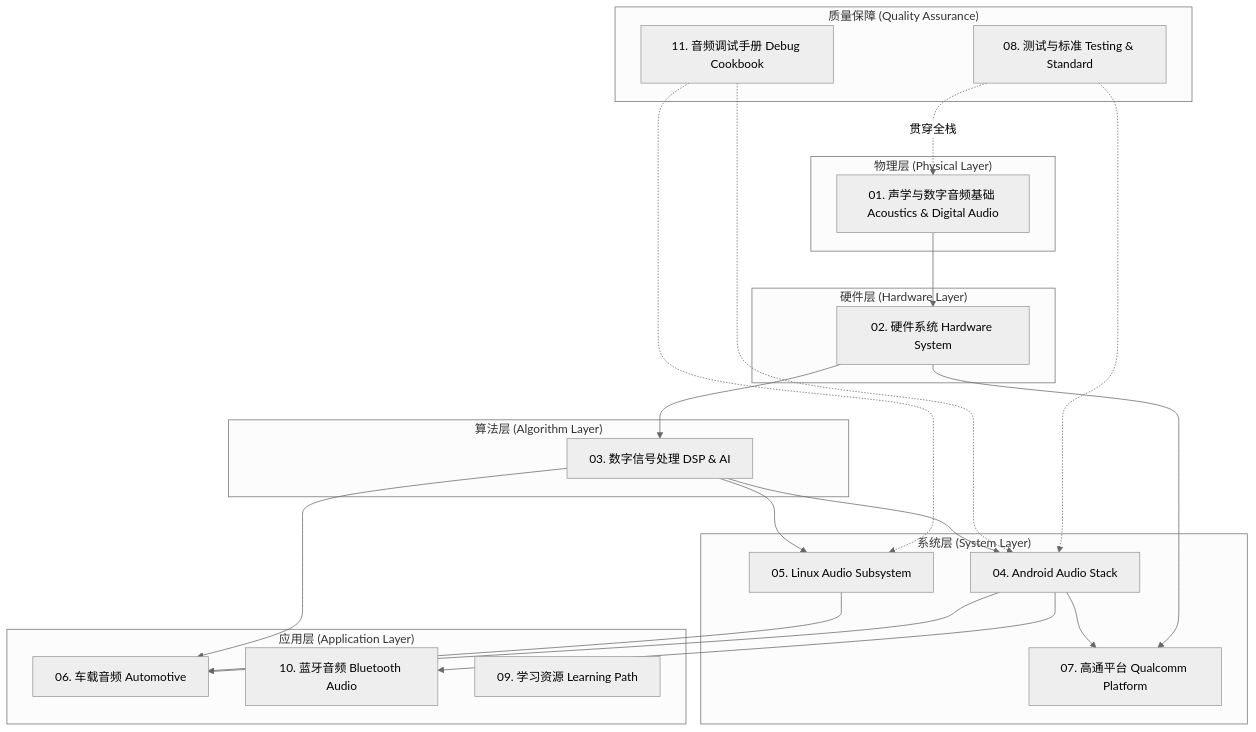
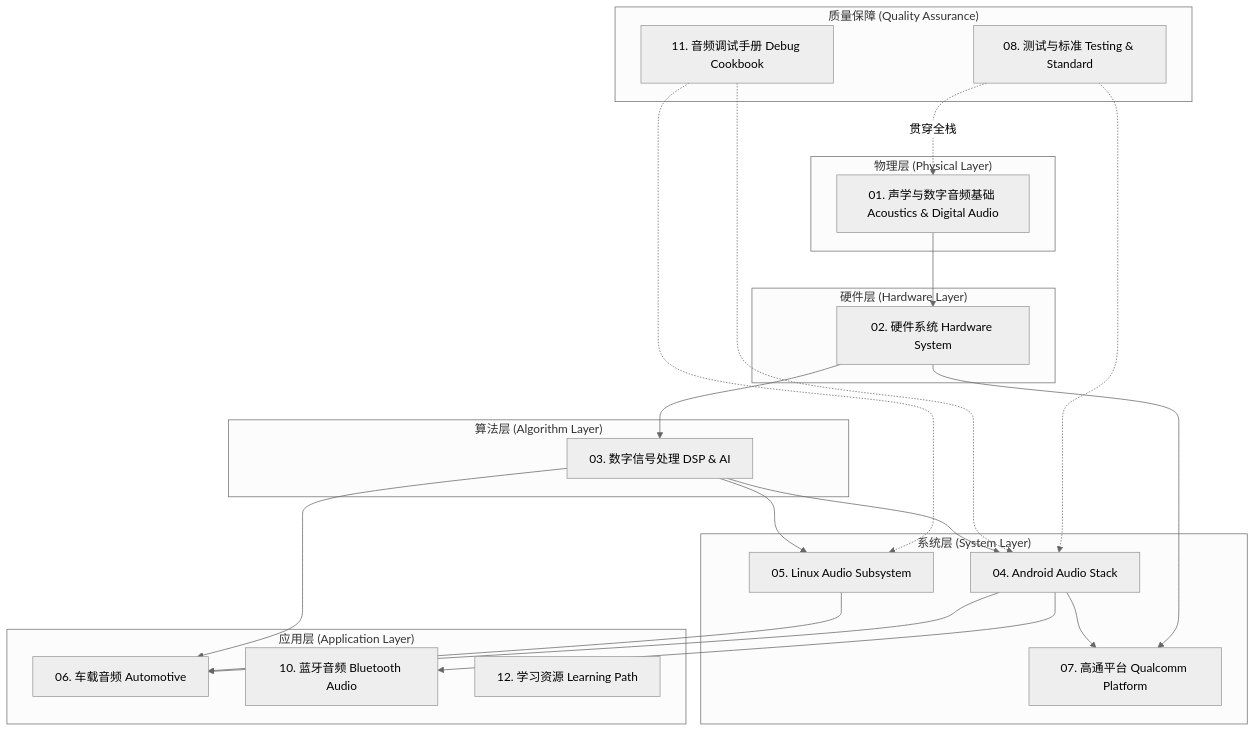
Before and after one commit to Sunliming001/awesome-audio-knowledge: the diagram in README.md, drawn with Mermaid (neutral theme). The commit also changed other lines of this file and 5 other files, not shown here.

````diff
--- a/README.md
+++ b/README.md
@@ -21,44 +21,44 @@
 ```mermaid
 graph TD
     subgraph App_Layer ["应用层 (Application Layer)"]
         A06[06. 车载音频 Automotive]
         A10[10. 蓝牙音频 Bluetooth Audio]
-        A09[09. 学习资源 Learning Path]
+        A12[12. 学习资源 Learning Path]
     end
 
     subgraph System_Layer ["系统层 (System Layer)"]
         A04[04. Android Audio Stack]
         A05[05. Linux Audio Subsystem]
         A07[07. 高通平台 Qualcomm Platform]
     end
 
     subgraph Algorithm_Layer ["算法层 (Algorithm Layer)"]
         A03[03. 数字信号处理 DSP & AI]
     end
 
     subgraph Hardware_Layer ["硬件层 (Hardware Layer)"]
         A02[02. 硬件系统 Hardware System]
     end
 
     subgraph Physical_Layer ["物理层 (Physical Layer)"]
         A01[01. 声学与数字音频基础 Acoustics & Digital Audio]
     end
     
     subgraph Quality_Layer ["质量保障 (Quality Assurance)"]
         A08[08. 测试与标准 Testing & Standard] -.贯穿全栈.-> A01
         A08 -.-> A04
         A11[11. 音频调试手册 Debug Cookbook] -.-> A04
         A11 -.-> A05
     end
 
     A01 --> A02
     A02 --> A03
     A03 --> A04
     A03 --> A05
     A03 --> A06
     A04 --> A06
     A04 --> A10
     A05 --> A06
     A02 --> A07
     A04 --> A07
 ```
````
